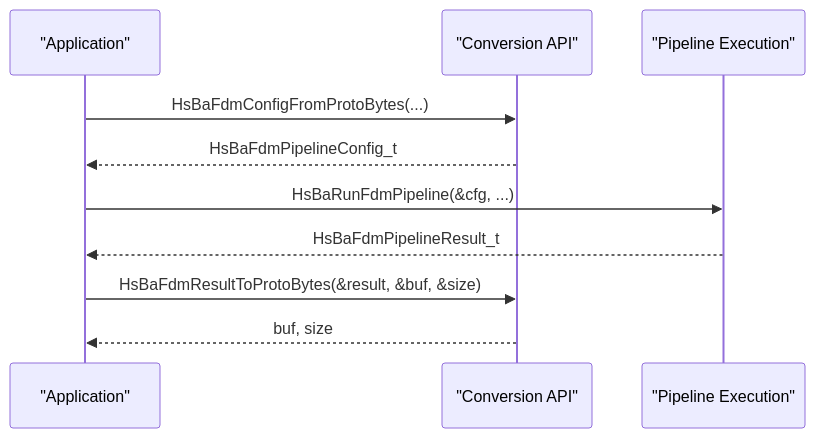
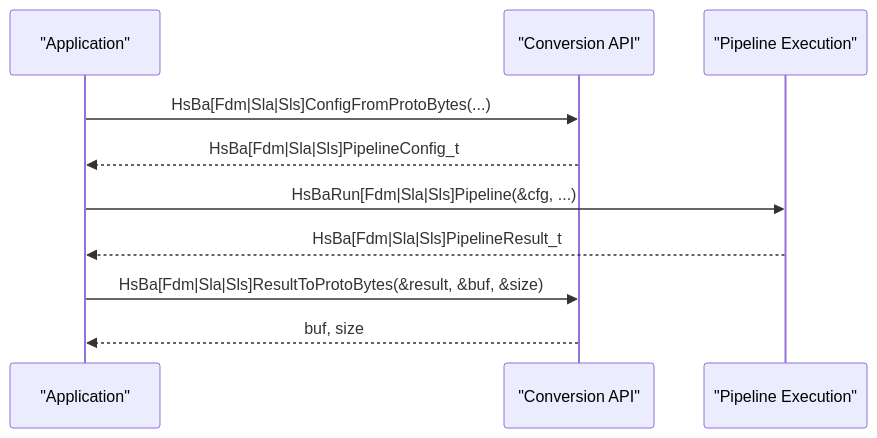
The eighth of 9 diagrams in .qoder/repowiki/en/content/API Reference/Pipeline Conversion API.md (hsmbanlance/HsBaSlicer), drawn with Mermaid before and after one commit. The commit also changed other lines of this file and 19 other files, not shown here.

````diff
--- a/.qoder/repowiki/en/content/API Reference/Pipeline Conversion API.md
+++ b/.qoder/repowiki/en/content/API Reference/Pipeline Conversion API.md
@@ -355,12 +449,12 @@
 ```mermaid
 sequenceDiagram
 participant App as "Application"
 participant Convert as "Conversion API"
 participant Exec as "Pipeline Execution"
-App->>Convert : HsBaFdmConfigFromProtoBytes(...)
-Convert-->>App : HsBaFdmPipelineConfig_t
-App->>Exec : HsBaRunFdmPipeline(&cfg, ...)
-Exec-->>App : HsBaFdmPipelineResult_t
-App->>Convert : HsBaFdmResultToProtoBytes(&result, &buf, &size)
+App->>Convert : HsBa[Fdm|Sla|Sls]ConfigFromProtoBytes(...)
+Convert-->>App : HsBa[Fdm|Sla|Sls]PipelineConfig_t
+App->>Exec : HsBaRun[Fdm|Sla|Sls]Pipeline(&cfg, ...)
+Exec-->>App : HsBa[Fdm|Sla|Sls]PipelineResult_t
+App->>Convert : HsBa[Fdm|Sla|Sls]ResultToProtoBytes(&result, &buf, &size)
 Convert-->>App : buf, size
 ```
````
